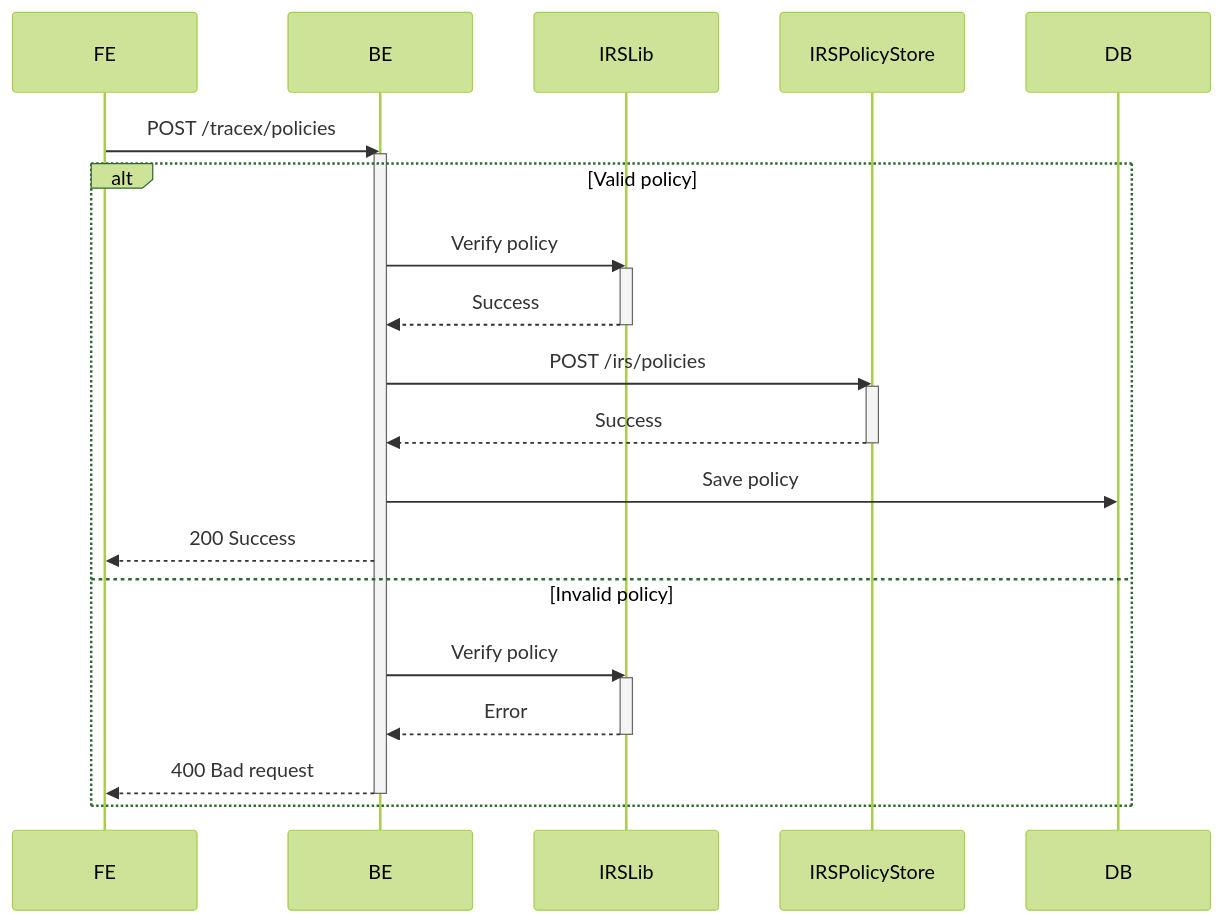
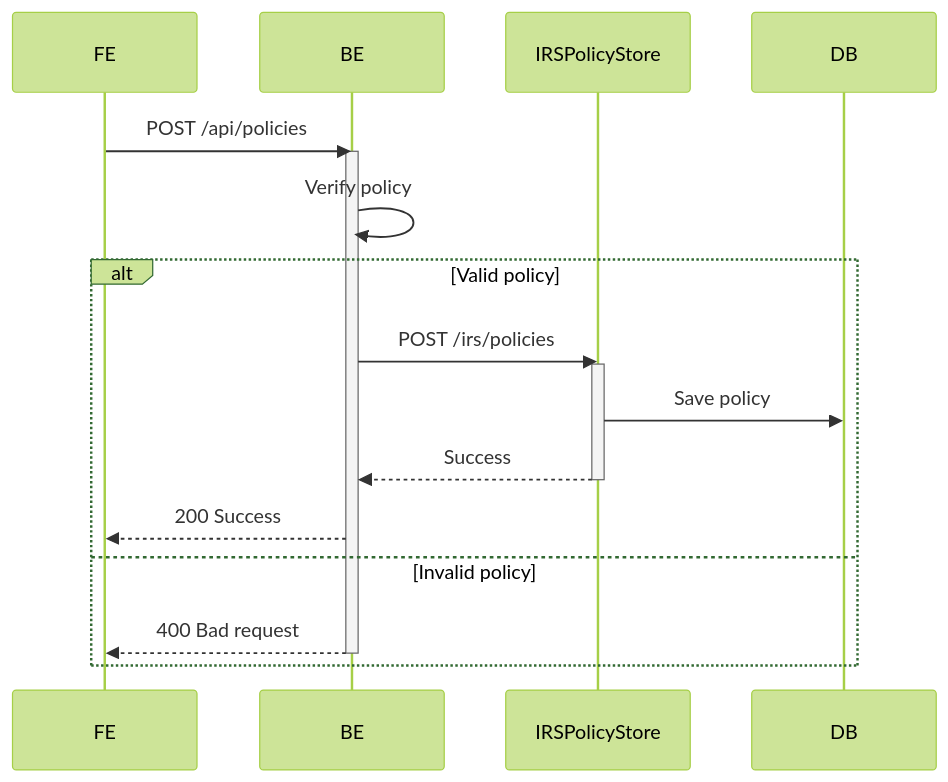
One commit to eclipse-tractusx/traceability-foss changed the first of 4 diagrams in docs/concept/#568-policy-management/#568-policy-management.md. Above: the diagram before and after it, drawn with Mermaid (forest theme). The commit also changed other lines of this file and 2 other files, not shown here.

````diff
--- a/docs/concept/#568-policy-management/#568-policy-management.md
+++ b/docs/concept/#568-policy-management/#568-policy-management.md
@@ -105,29 +120,21 @@
 ```mermaid
 sequenceDiagram
     participant FE
     participant BE
-    participant IRSLib
     participant IRSPolicyStore
     participant DB
-    FE->>BE: POST /tracex/policies
+    FE->>BE: POST /api/policies
     activate BE
+    BE->>BE: Verify policy
     alt Valid policy
-        BE->>IRSLib: Verify policy
-        activate IRSLib
-        IRSLib-->>BE: Success
-        deactivate IRSLib
         BE->>IRSPolicyStore: POST /irs/policies
         activate IRSPolicyStore
+        IRSPolicyStore->>DB: Save policy
         IRSPolicyStore-->>BE: Success
         deactivate IRSPolicyStore
-        BE->>DB: Save policy
         BE-->>FE: 200 Success
     else Invalid policy
-        BE->>IRSLib: Verify policy
-        activate IRSLib
-        IRSLib-->>BE: Error
-        deactivate IRSLib
         BE-->>FE: 400 Bad request
     deactivate BE
     end
 ```
````
